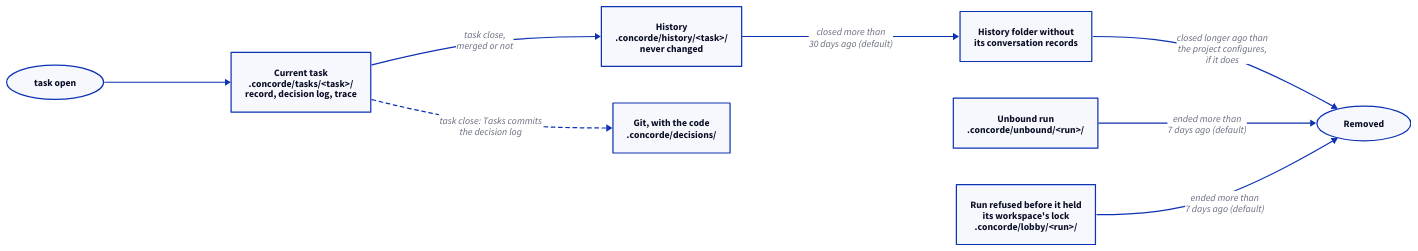
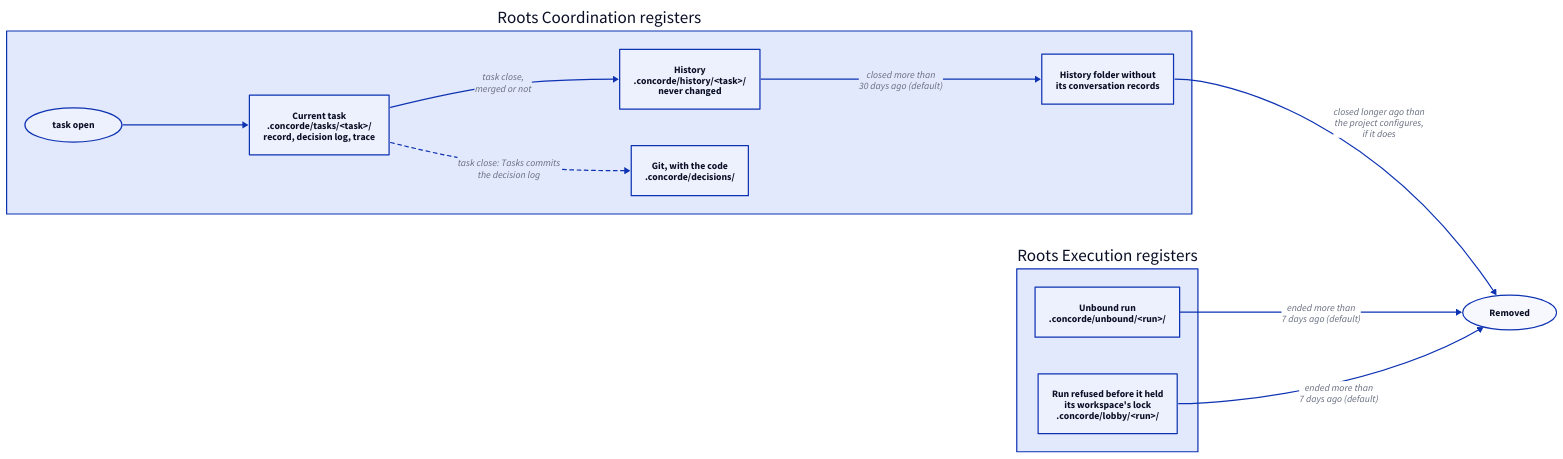
The second of 3 diagrams in specs/concorde/kernel/tracing/module.md (FTOD/concorde), drawn with D2 before and after one commit. The commit also changed other lines of this file and 109 other files, not shown here.

````diff
--- a/specs/concorde/kernel/tracing/module.md
+++ b/specs/concorde/kernel/tracing/module.md
@@ -106,18 +113,22 @@
 ```d2 illustrative
 direction: right
-open: "task open" {shape: oval}
-current: "Current task\n.concorde/tasks/<task>/\nrecord, decision log, trace"
-history: "History\n.concorde/history/<task>/\nnever changed"
-slim: "History folder without\nits conversation records"
+coordination: "Roots Coordination registers" {
+  open: "task open" {shape: oval}
+  current: "Current task\n.concorde/tasks/<task>/\nrecord, decision log, trace"
+  history: "History\n.concorde/history/<task>/\nnever changed"
+  slim: "History folder without\nits conversation records"
+  git: "Git, with the code\n.concorde/decisions/"
+  open -> current
+  current -> history: "task close,\nmerged or not"
+  current -> git: "task close: Tasks commits\nthe decision log" {style.stroke-dash: 3}
+  history -> slim: "closed more than\n30 days ago (default)"
+}
+execution: "Roots Execution registers" {
+  unbound: "Unbound run\n.concorde/unbound/<run>/"
+  lobby: "Run refused before it held\nits workspace's lock\n.concorde/lobby/<run>/"
+}
 removed: "Removed" {shape: oval}
-git: "Git, with the code\n.concorde/decisions/"
-unbound: "Unbound run\n.concorde/unbound/<run>/"
-lobby: "Run refused before it held\nits workspace's lock\n.concorde/lobby/<run>/"
-open -> current
-current -> history: "task close,\nmerged or not"
-current -> git: "task close: Tasks commits\nthe decision log" {style.stroke-dash: 3}
-history -> slim: "closed more than\n30 days ago (default)"
-slim -> removed: "closed longer ago than\nthe project configures,\nif it does"
-unbound -> removed: "ended more than\n7 days ago (default)"
-lobby -> removed: "ended more than\n7 days ago (default)"
+coordination.slim -> removed: "closed longer ago than\nthe project configures,\nif it does"
+execution.unbound -> removed: "ended more than\n7 days ago (default)"
+execution.lobby -> removed: "ended more than\n7 days ago (default)"
 ```
````
